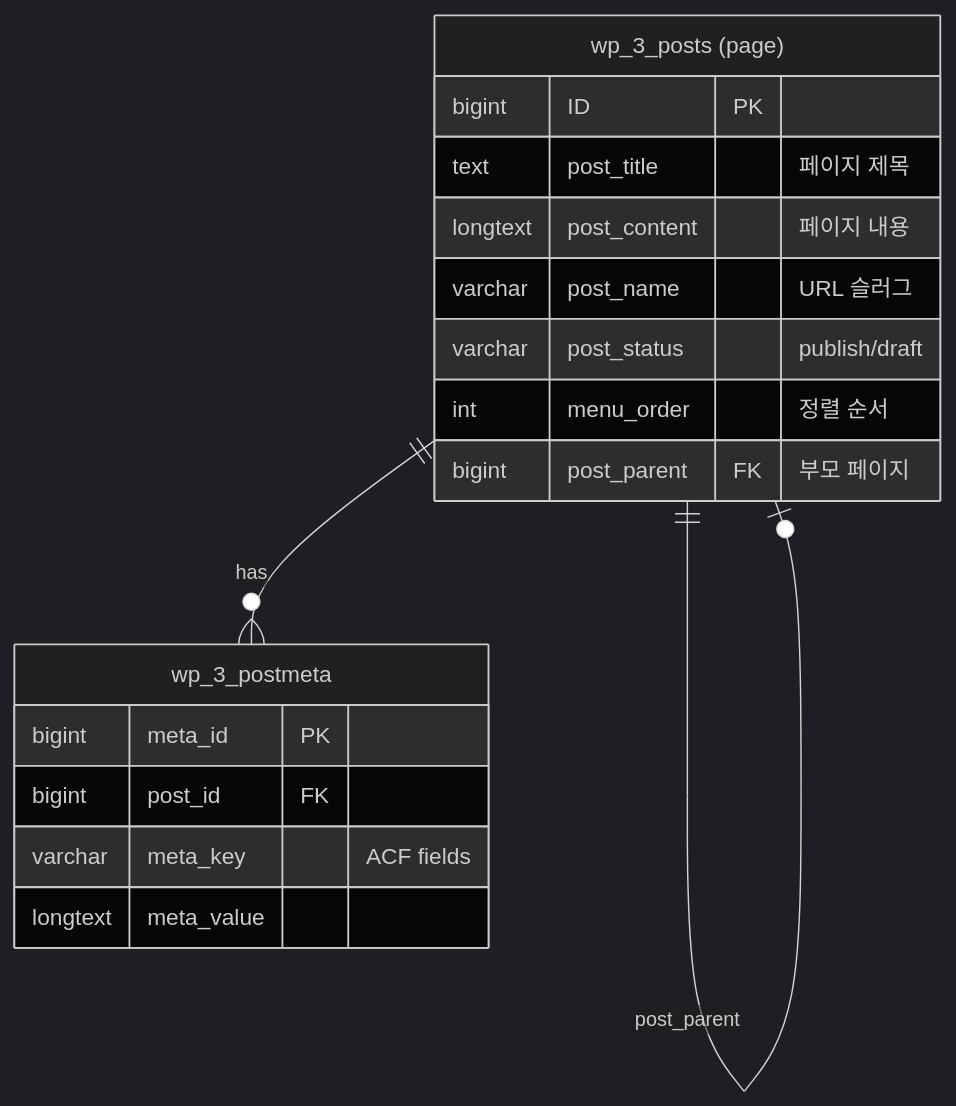
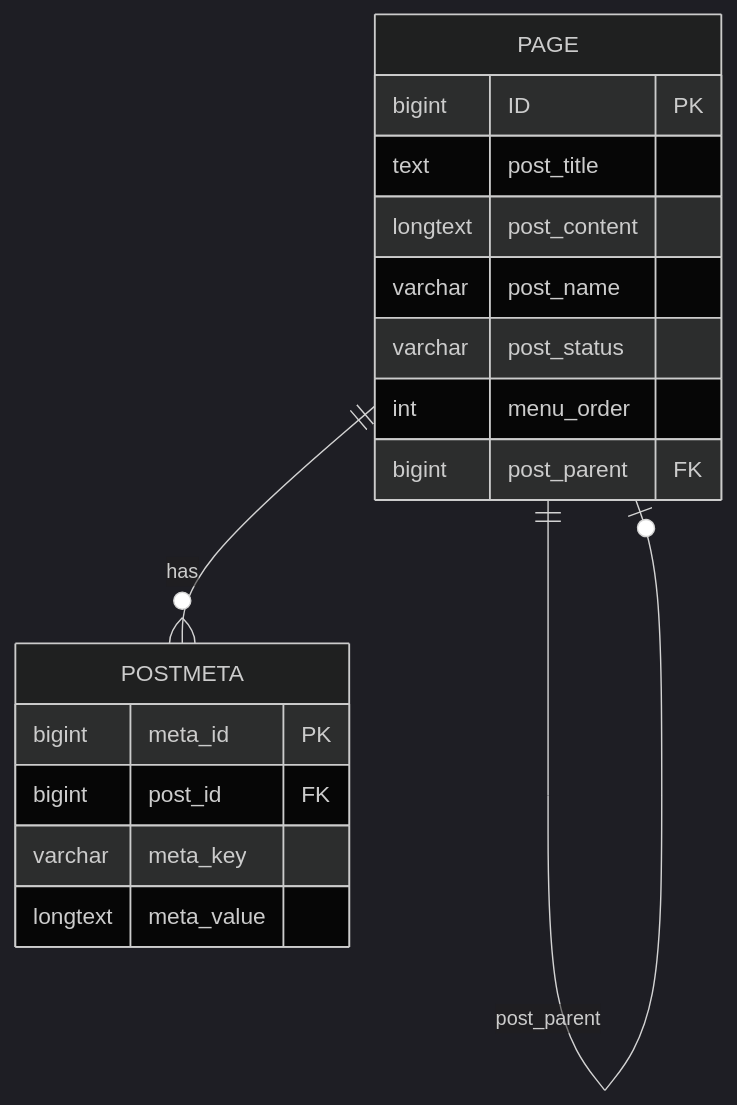
Before and after one commit to sknkwoxs/manual-book: diagram 11 of 15 in src/content/docs/samhwa-musuem/specification/04-DB-ERD.md, drawn with Mermaid (dark theme). The commit also changed other lines of this file and 16 other files, not shown here.

First line of the commit message:
docs(samhwa-musuem): add numbering system, update archive docs, fix mermaid ERD

````diff
--- a/src/content/docs/samhwa-musuem/specification/04-DB-ERD.md
+++ b/src/content/docs/samhwa-musuem/specification/04-DB-ERD.md
@@ -312,22 +308,22 @@
 ```mermaid
 erDiagram
     PAGE ||--o{ POSTMETA : "has"
     PAGE ||--o| PAGE : "post_parent"
 
-    PAGE["wp_3_posts (page)"] {
+    PAGE {
         bigint ID PK
-        text post_title "페이지 제목"
-        longtext post_content "페이지 내용"
-        varchar post_name "URL 슬러그"
-        varchar post_status "publish/draft"
-        int menu_order "정렬 순서"
-        bigint post_parent FK "부모 페이지"
+        text post_title
+        longtext post_content
+        varchar post_name
+        varchar post_status
+        int menu_order
+        bigint post_parent FK
     }
 
-    POSTMETA["wp_3_postmeta"] {
+    POSTMETA {
         bigint meta_id PK
         bigint post_id FK
-        varchar meta_key "ACF fields"
+        varchar meta_key
         longtext meta_value
     }
 ```
````
